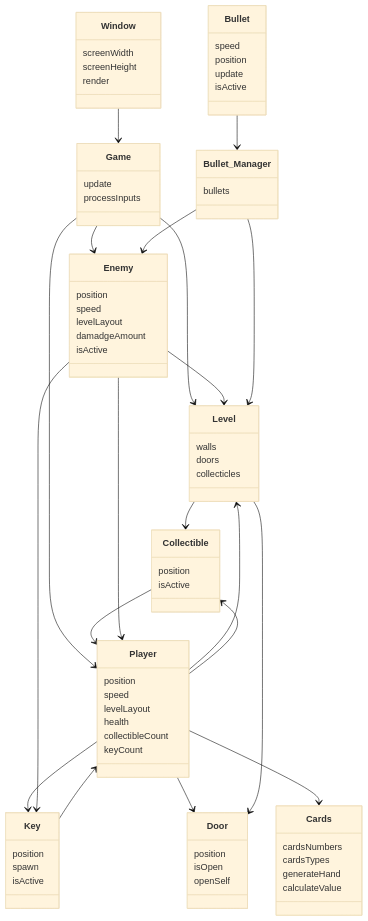
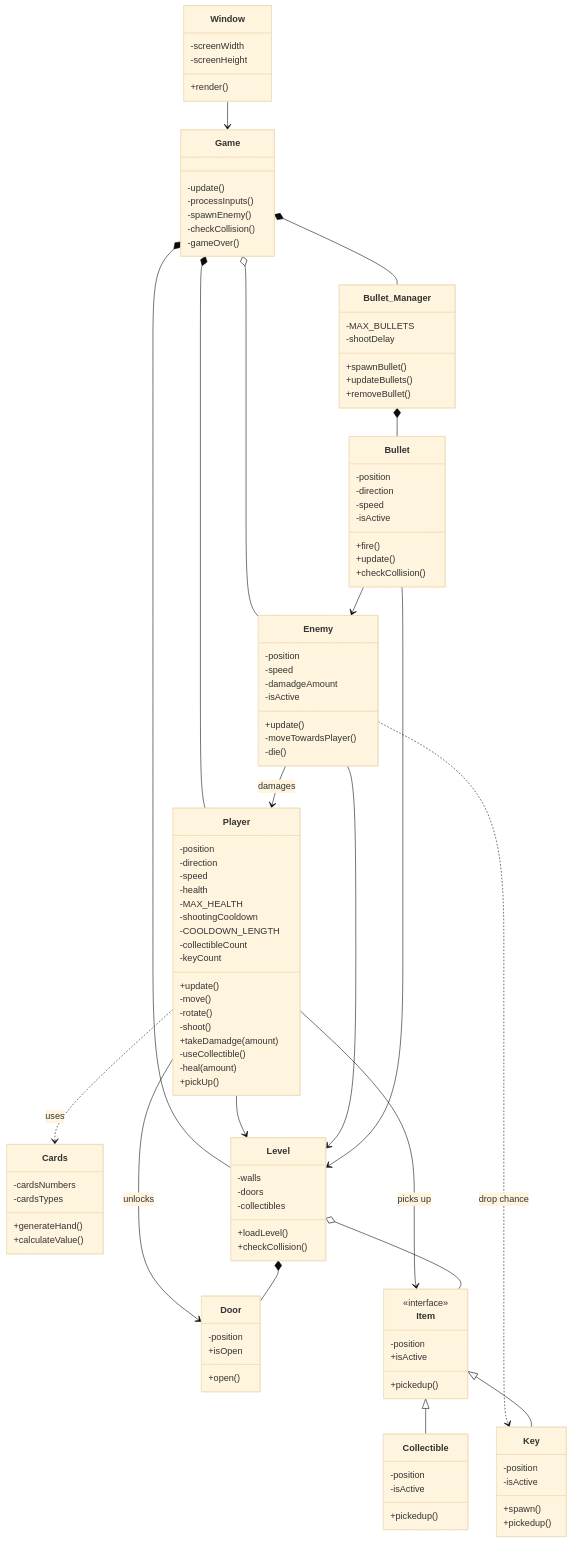
One commit to ITCGamesProg2/jp26-superawesome_bffs5eva changed the diagram in domain_model.md. Above: the diagram before and after it, drawn with Mermaid (base theme).

````diff
--- a/domain_model.md
+++ b/domain_model.md
@@ -1,101 +1,147 @@
 ```mermaid
 classDiagram
   class Window {
-    screenWidth
-    screenHeight
-    render
+    -screenWidth
+    -screenHeight
+
+    +render()
 }
 
   class Game {
-    update
-    processInputs
+
+    -update()
+    -processInputs()
+    -spawnEnemy()
+    -checkCollision()
+    -gameOver()
 }
 
-  class Collectible {
-    position
-    isActive
+  class Player {
+    -position
+    -direction
+    -speed
+    -health
+    -MAX_HEALTH
+    -shootingCooldown
+    -COOLDOWN_LENGTH
+    -collectibleCount
+    -keyCount
+
+    +update()
+    -move()
+    -rotate()
+    -shoot()
+    +takeDamadge(amount)
+    -useCollectible()
+    -heal(amount)
+    +pickUp()
 }
 
   class Cards {
-    cardsNumbers
-    cardsTypes
-    generateHand
-    calculateValue
-}
+    -cardsNumbers
+    -cardsTypes
 
-  class Player {
-    position
-    speed
-    levelLayout
-    health
-    collectibleCount
-    keyCount
+    +generateHand()
+    +calculateValue()
 }
 
   class Enemy {
-    position
-    speed
-    levelLayout
-    damadgeAmount
-    isActive
+    -position
+    -speed
+    -damadgeAmount
+    -isActive
+
+    +update()
+    -moveTowardsPlayer()
+    -die()
 }
 
 class Bullet_Manager {
-    bullets
+    -MAX_BULLETS
+    -shootDelay
+
+    +spawnBullet()
+    +updateBullets()
+    +removeBullet()
 }
 
   class Bullet {
-    speed
-    position
-    update
-    isActive
+    -position
+    -direction
+    -speed
+    -isActive
+
+    +fire()
+    +update()
+    +checkCollision()
 }
 
   class Level {
-    walls
-    doors
-    collecticles
+    -walls
+    -doors
+    -collectibles
+
+    +loadLevel()
+    +checkCollision()
 }
 
   class Door {
-    position
-    isOpen
-    openSelf
+    -position
+    +isOpen
+
+    +open()
+}
+
+  class Item {
+<<interface>>
+    -position
+    +isActive
+
+    +pickedup()
 }
 
   class Key {
-    position
-    spawn
-    isActive
+    -position
+    -isActive
+
+    +spawn()
+    +pickedup()
+}
+
+class Collectible {
+    -position
+    -isActive
+
+    +pickedup()
 }
 
 
 
-Window-->Game
 
-Game-->Level
-Game-->Player
-Game-->Enemy
+Window --> Game
 
-Collectible-->Player
+Game *-- Level
+Game *-- Player
+Game o-- Enemy
+Game *-- Bullet_Manager
 
-Player-->Level
-Player-->Key
-Player-->Door
-Player-->Collectible
-Player-->Cards
+Player --> Level
+Player --> Door : unlocks
+Player --> Item : picks up
+Player ..> Cards : uses
 
-Enemy-->Level
-Enemy-->Player
-Enemy-->Key
+Enemy --> Level
+Enemy --> Player : damages
+Enemy ..> Key : drop chance
 
-Bullet-->Bullet_Manager
+Bullet_Manager *-- Bullet
 
-Bullet_Manager-->Level
-Bullet_Manager-->Enemy
+Bullet --> Enemy
+Bullet --> Level
 
-Level-->Collectible
-Level-->Door
+Level *-- Door
+Level o-- Item
 
-Key-->Player
+Item <|-- Key
+Item <|-- Collectible
 ```
````
